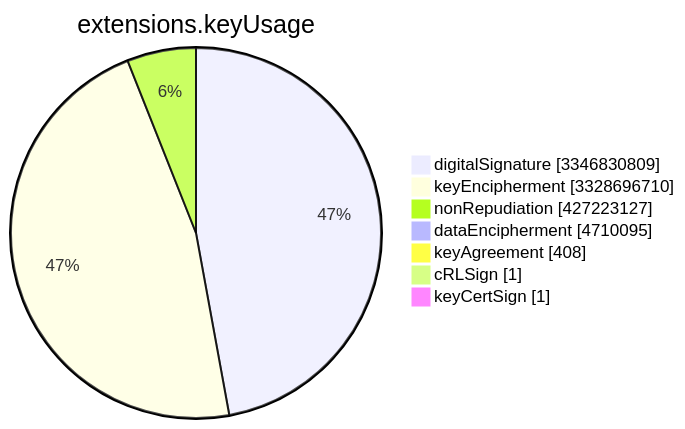
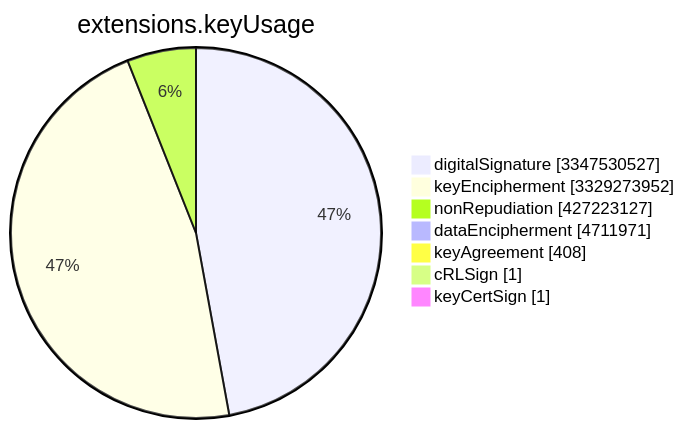
One commit to christiankrug/ctmonitor_visualization changed the sixth of 15 diagrams in TOTAL/README.md. Above: the diagram before and after it, drawn with Mermaid. The commit also changed other lines of this file, not shown here.

````diff
--- a/TOTAL/README.md
+++ b/TOTAL/README.md
@@ -3079,11 +3079,11 @@
 ```mermaid
 pie showData
 title extensions.keyUsage
-"digitalSignature" :3346830809
-"keyEncipherment" :3328696710
+"digitalSignature" :3347530527
+"keyEncipherment" :3329273952
 "nonRepudiation" :427223127
-"dataEncipherment" :4710095
+"dataEncipherment" :4711971
 "keyAgreement" :408
 "cRLSign" :1
 "keyCertSign" :1
 ```
````
